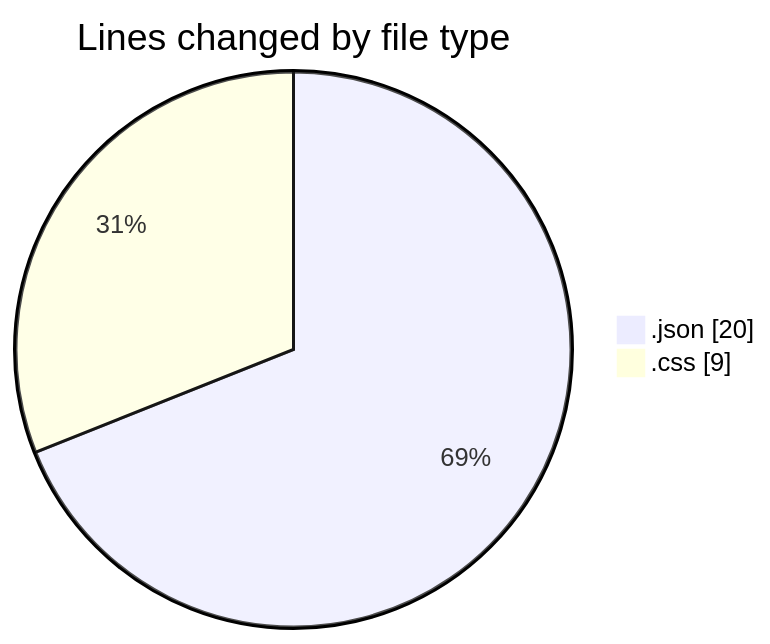
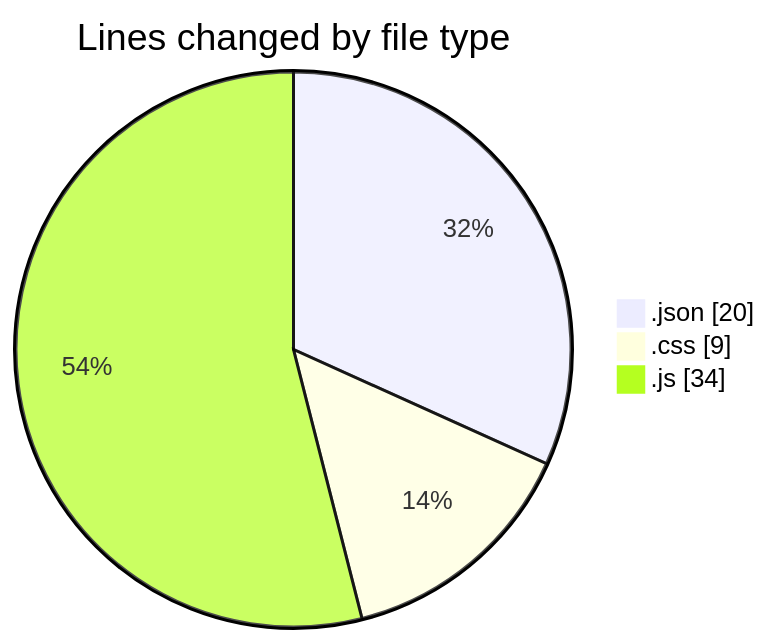
Before and after one commit to BS-eng2023/code-tracking: the first of 2 diagrams in 2025-03-18/javascript/README.md, drawn with Mermaid. The commit also changed other lines of this file and 1 other file, not shown here.

````diff
--- a/2025-03-18/javascript/README.md
+++ b/2025-03-18/javascript/README.md
@@ -21,6 +22,7 @@
 ```mermaid
 pie showData
 title Lines changed by file type
 ".json" : 20
 ".css" : 9
+".js" : 34
 ```
````
